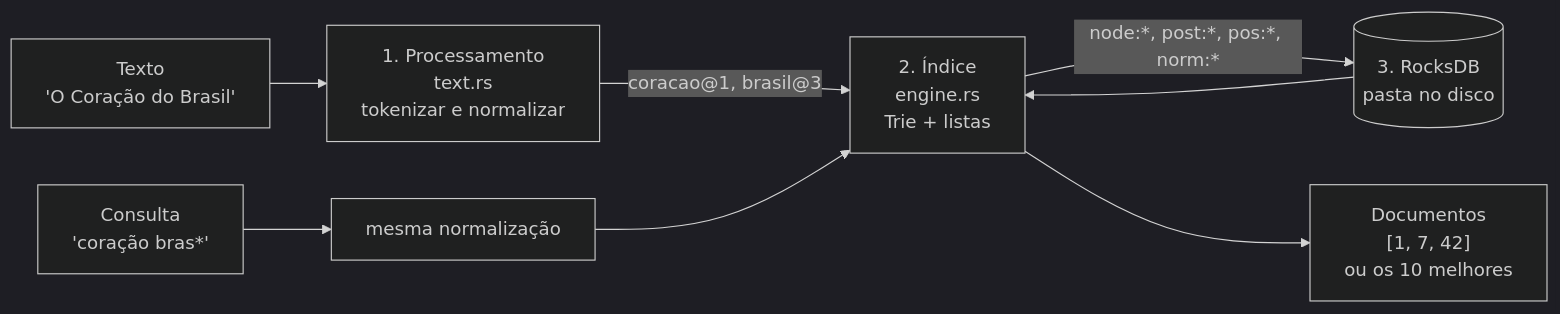
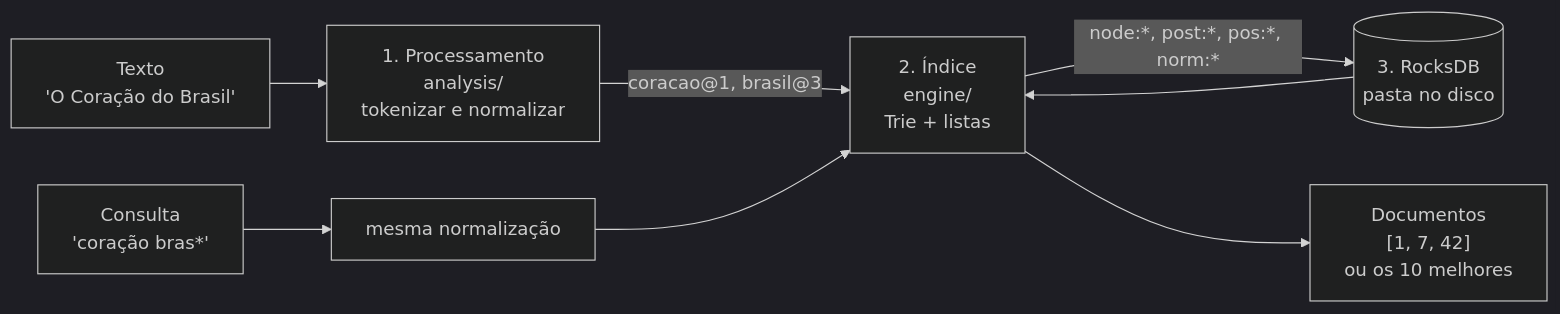
One commit to evertondays/fire-flower changed the first of 9 diagrams in docs/como-funciona.md. Above: the diagram before and after it, drawn with Mermaid (dark theme). The commit also changed other lines of this file and 3 other files, not shown here.

````diff
--- a/docs/como-funciona.md
+++ b/docs/como-funciona.md
@@ -38,10 +38,10 @@
 ```mermaid
 flowchart LR
-    T["Texto<br/>'O Coração do Brasil'"] --> P["1. Processamento<br/>text.rs<br/>tokenizar e normalizar"]
-    P -->|"coracao@1, brasil@3"| I["2. Índice<br/>engine.rs<br/>Trie + listas"]
+    T["Texto<br/>'O Coração do Brasil'"] --> P["1. Processamento<br/>analysis/<br/>tokenizar e normalizar"]
+    P -->|"coracao@1, brasil@3"| I["2. Índice<br/>engine/<br/>Trie + listas"]
     I -->|"node:*, post:*, pos:*, norm:*"| R[("3. RocksDB<br/>pasta no disco")]
     Q["Consulta<br/>'coração bras*'"] --> P2["mesma normalização"]
     P2 --> I
     R --> I
     I --> D["Documentos<br/>[1, 7, 42]<br/>ou os 10 melhores"]
 ```
````
